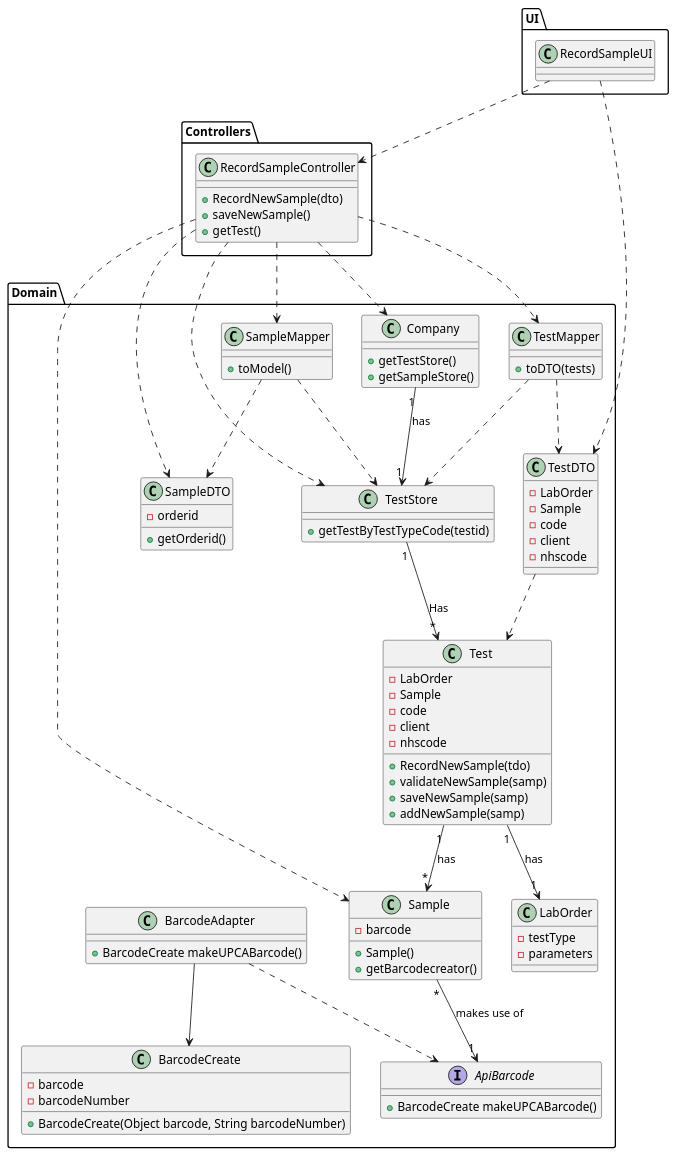
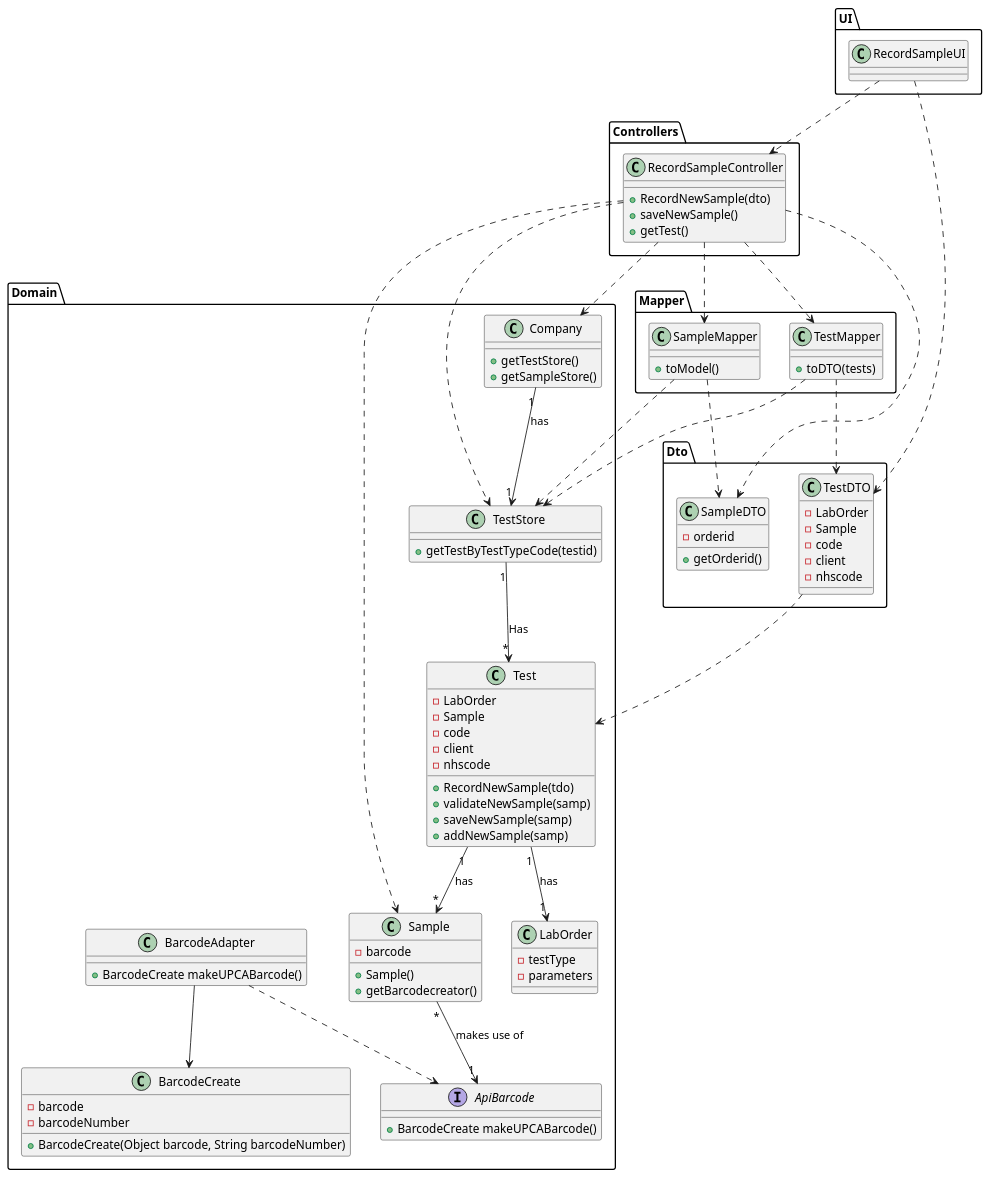
The diagram in docs/SprintC/US5_RecordTheSample/CD_US005.puml (Pedromaia26/LAPR2-ISEP), drawn with PlantUML before and after one commit. The commit also changed 1 other file, not shown here.

```diff
--- a/docs/SprintC/US5_RecordTheSample/CD_US005.puml
+++ b/docs/SprintC/US5_RecordTheSample/CD_US005.puml
@@ -1,119 +1,124 @@
 @startuml
 package "UI" {
   Class RecordSampleUI
 }
 package "Controllers" {
  Class RecordSampleController
 }
 package "Domain" {
  Class Company
 Class Sample
-Class TestMapper
-Class SampleDTO
-Class SampleMapper
 Class TestStore
 Class Test
-Class TestDTO
 Class LabOrder
 Interface ApiBarcode
 Class BarcodeAdapter
 Class BarcodeCreate
+}
+package "Mapper" {
+Class TestMapper
+Class SampleMapper
+
+}
+package "Dto"{
+Class SampleDTO
+Class TestDTO
 }
 
 
 RecordSampleUI ..> RecordSampleController
 RecordSampleController..>Company
 RecordSampleController..>Sample
 RecordSampleController..>TestMapper
 RecordSampleController..>SampleDTO
 RecordSampleController..>SampleMapper
 RecordSampleController..>TestStore
 
 RecordSampleUI ..> TestDTO
 
 
 
 
 
 
 
 
 RecordSampleController : +RecordNewSample(dto)
 RecordSampleController : +saveNewSample()
 RecordSampleController : +getTest()
 
 
 Test"1" -->"*" Sample: has
 
 Company"1" -->"1" TestStore :has
 
 TestStore : +getTestByTestTypeCode(testid)
 
 TestMapper ..> TestDTO
 TestDTO..> Test
 
 
 TestStore"1" -->"*"Test : Has
 SampleMapper ..> SampleDTO
 
 
 TestMapper ..> TestStore
 
 Test "1" --> "1" LabOrder : has
 LabOrder : -testType
 LabOrder : -parameters
 
 
 TestMapper : +toDTO(tests)
 
 SampleMapper : +toModel()
 
 SampleMapper ..> TestStore
 
 Sample"*" -->"1"ApiBarcode : makes use of
 
 BarcodeAdapter  ..> ApiBarcode
 
 BarcodeAdapter --> BarcodeCreate
 
 
 ApiBarcode : +BarcodeCreate makeUPCABarcode()
 
 BarcodeAdapter : +BarcodeCreate makeUPCABarcode()
 
 BarcodeCreate : +BarcodeCreate(Object barcode, String barcodeNumber)
 BarcodeCreate : -barcode
 BarcodeCreate : -barcodeNumber
 
 
 Company : +getTestStore()
 Company : +getSampleStore()
 
 Test : +RecordNewSample(tdo)
 Test : +validateNewSample(samp)
 Test : +saveNewSample(samp)
 Test : +addNewSample(samp)
 Test : -LabOrder
 Test : -Sample
 Test : -code
 Test : -client
 Test : -nhscode
 
 
 TestDTO : -LabOrder
 TestDTO : -Sample
 TestDTO : -code
 TestDTO : -client
 TestDTO : -nhscode
 
 SampleDTO : +getOrderid()
 
 
 
 SampleDTO : -orderid
 
 
 Sample : +Sample()
 Sample : +getBarcodecreator()
 Sample : -barcode
 @enduml
```
